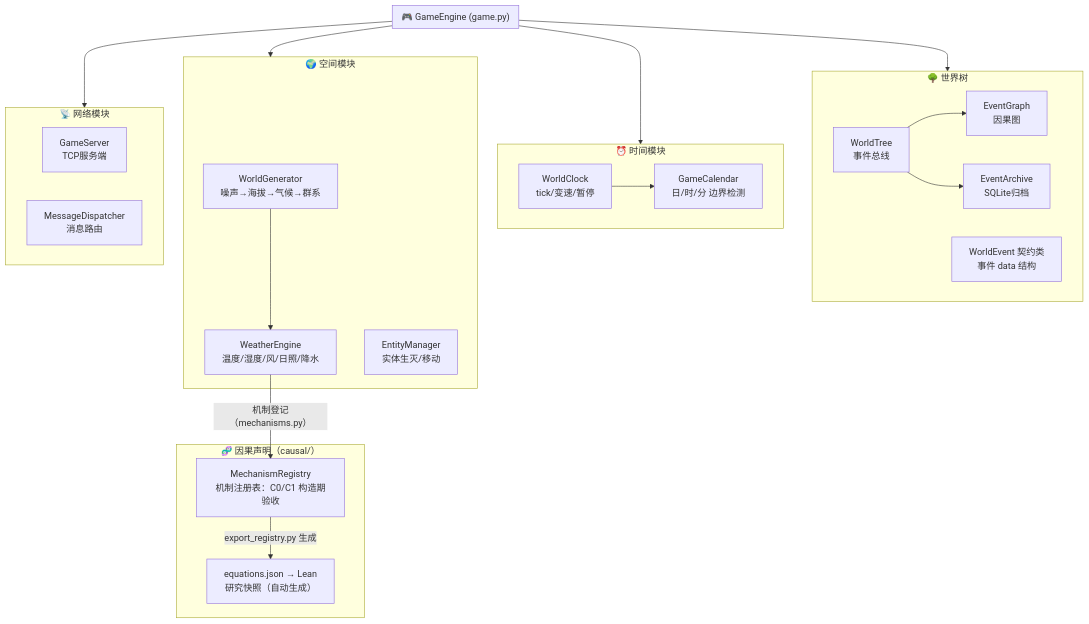
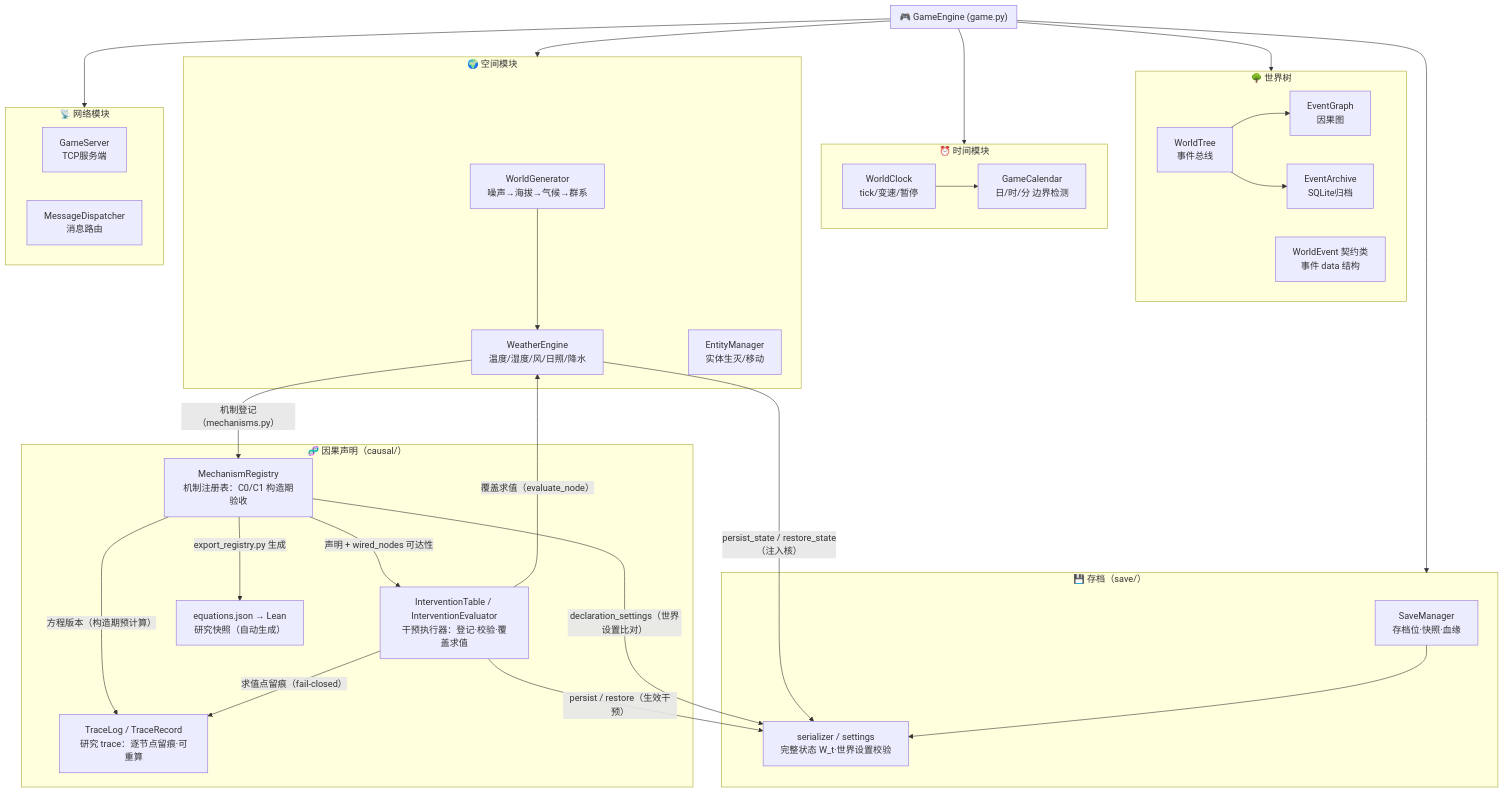
One commit to Jedidiah-Zhang/Ascend changed the first of 6 diagrams in docs/diagrams/architecture.md. Above: the diagram before and after it, drawn with Mermaid. The commit also changed other lines of this file and 67 other files, not shown here.

````diff
--- a/docs/diagrams/architecture.md
+++ b/docs/diagrams/architecture.md
@@ -5,46 +5,62 @@
 ```mermaid
 graph TD
     subgraph GameEngine["🎮 GameEngine (game.py)"]
         direction LR
     end
 
     subgraph WorldTree["🌳 世界树"]
         WT_Tree["WorldTree<br/>事件总线"]
         WT_Graph["EventGraph<br/>因果图"]
         WT_Archive["EventArchive<br/>SQLite归档"]
         WT_Contract["WorldEvent 契约类<br/>事件 data 结构"]
     end
 
     subgraph Time["⏰ 时间模块"]
         CLK["WorldClock<br/>tick/变速/暂停"]
         CAL["GameCalendar<br/>日/时/分 边界检测"]
     end
 
     subgraph Space["🌍 空间模块"]
         GEN["WorldGenerator<br/>噪声→海拔→气候→群系"]
         WEA["WeatherEngine<br/>温度/湿度/风/日照/降水"]
         ENT["EntityManager<br/>实体生灭/移动"]
     end
 
     subgraph Causal["🧬 因果声明（causal/）"]
         REG["MechanismRegistry<br/>机制注册表：C0/C1 构造期验收"]
+        IVT["InterventionTable / InterventionEvaluator<br/>干预执行器：登记·校验·覆盖求值"]
         SNAP["equations.json → Lean<br/>研究快照（自动生成）"]
+        TRC["TraceLog / TraceRecord<br/>研究 trace：逐节点留痕·可重算"]
+    end
+
+    subgraph Save["💾 存档（save/）"]
+        SM["SaveManager<br/>存档位·快照·血缘"]
+        SER["serializer / settings<br/>完整状态 W_t·世界设置校验"]
     end
 
     subgraph Net["📡 网络模块"]
         SRV["GameServer<br/>TCP服务端"]
         DISP["MessageDispatcher<br/>消息路由"]
     end
 
     WT_Tree --> WT_Graph
     WT_Tree --> WT_Archive
     CLK --> CAL
     GEN --> WEA
     WEA -->|"机制登记（mechanisms.py）"| REG
+    REG -->|"声明 + wired_nodes 可达性"| IVT
+    IVT -->|"覆盖求值（evaluate_node）"| WEA
     REG -->|"export_registry.py 生成"| SNAP
+    REG -->|"方程版本（构造期预计算）"| TRC
+    IVT -->|"求值点留痕（fail-closed）"| TRC
+    IVT -->|"persist / restore（生效干预）"| SER
+    WEA -->|"persist_state / restore_state（注入核）"| SER
+    REG -->|"declaration_settings（世界设置比对）"| SER
+    SM --> SER
 
     GameEngine --> WorldTree
     GameEngine --> Time
     GameEngine --> Space
+    GameEngine --> Save
     GameEngine --> Net
 ```
````
